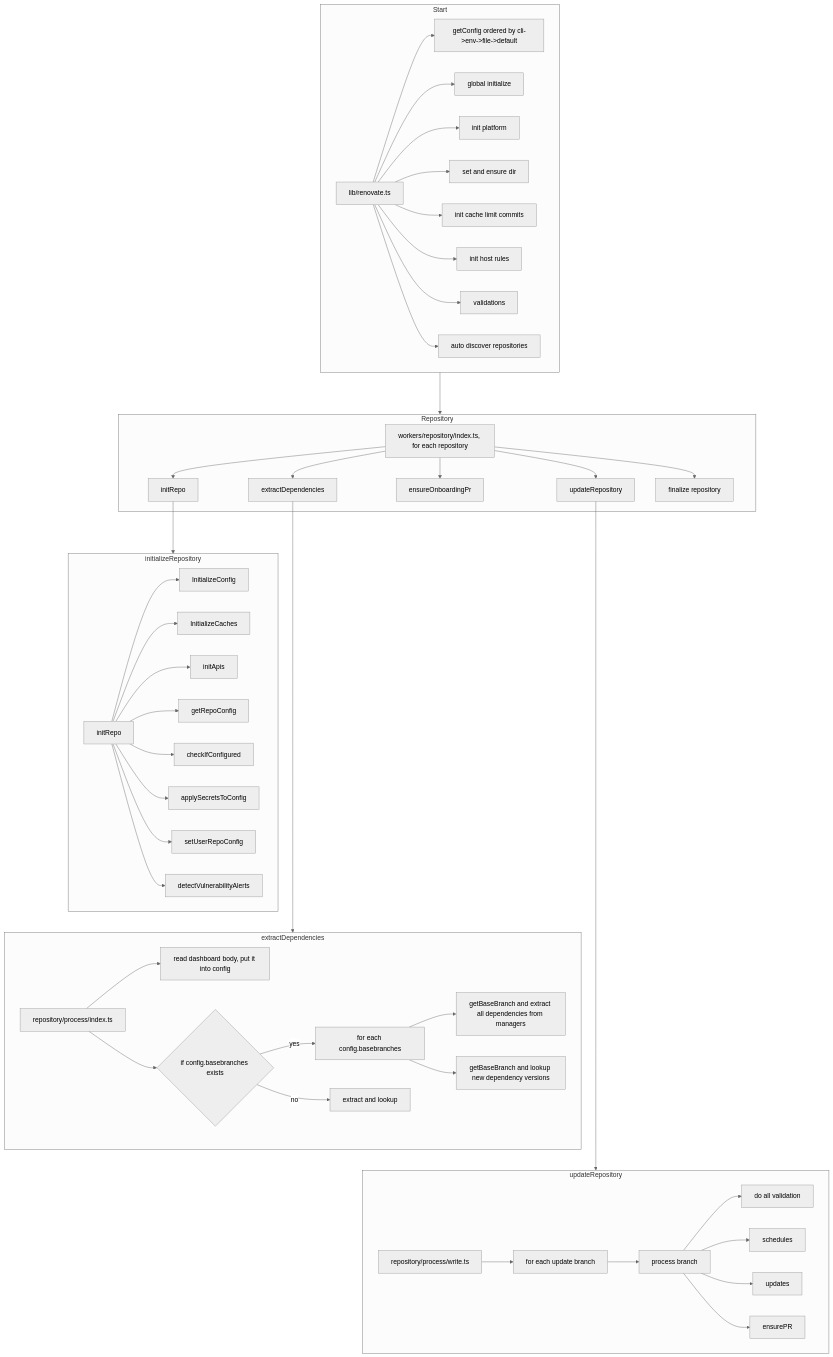
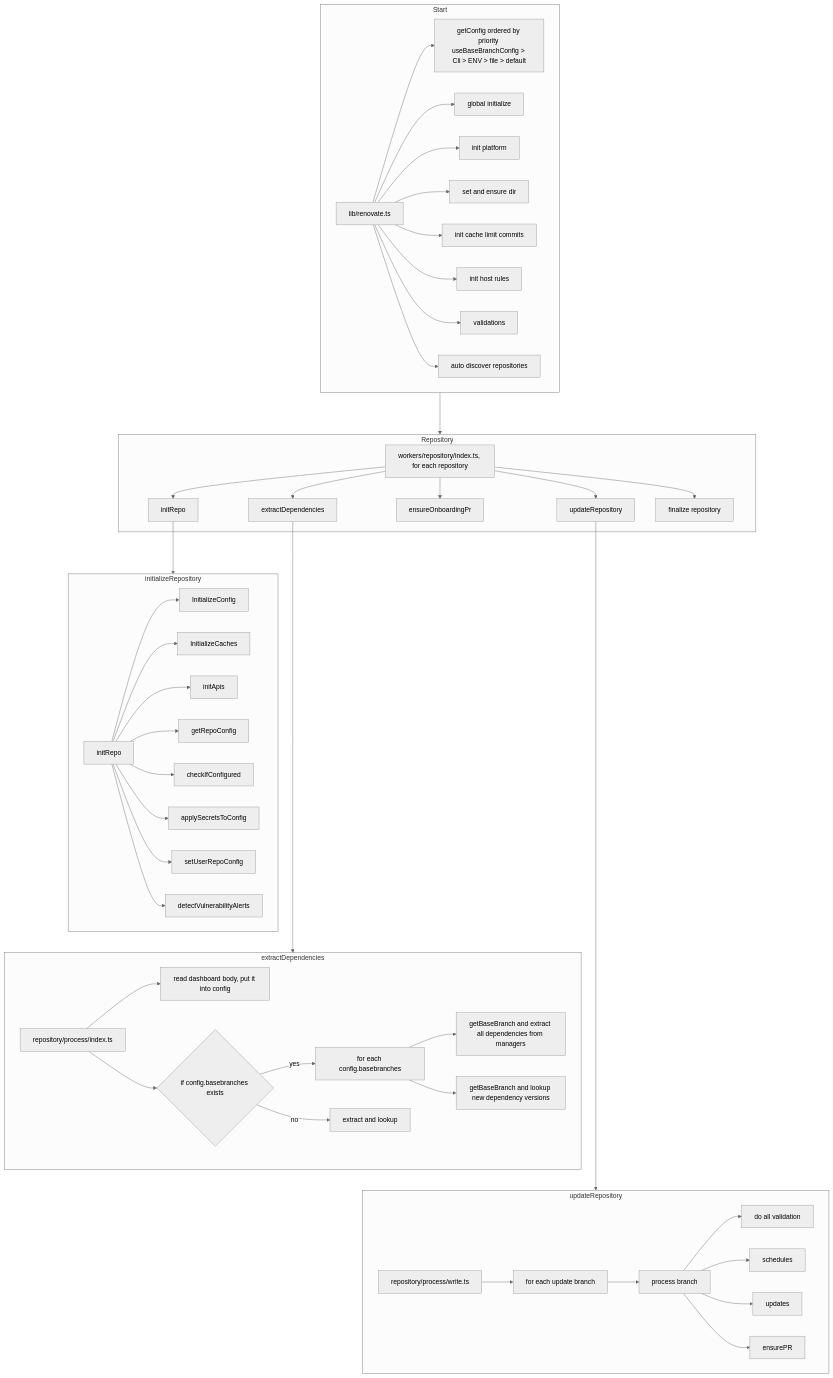
Before and after one commit to renovatebot/renovate: the diagram in docs/development/assets/renovate-flow.md, drawn with Mermaid (neutral theme).

````diff
--- a/docs/development/assets/renovate-flow.md
+++ b/docs/development/assets/renovate-flow.md
@@ -1,59 +1,59 @@
 ```mermaid
 flowchart TB
     subgraph Start
-    A[lib/renovate.ts] --> B[getConfig ordered by cli->env->file->default]
+    A[lib/renovate.ts] --> B[getConfig ordered by priority useBaseBranchConfig > Cli > ENV > file > default]
     A --> C[global initialize]
     A --> D[init platform]
     A --> E[set and ensure dir]
     A --> F[init cache limit commits]
     A --> G[init host rules]
     A --> H[validations]
     A --> I[auto discover repositories]
     end
 
     subgraph Repository
     J[workers/repository/index.ts, for each repository]
     J --> K[initRepo]
     J --> L[extractDependencies]
     J --> M[ensureOnboardingPr]
     J --> N[updateRepository]
     J --> O[finalize repository]
     end
 
     subgraph initializeRepository
     X[initRepo]
     X--> P[InitializeConfig]
     X--> Q[InitializeCaches]
     X--> R[initApis]
     X--> S[getRepoConfig]
     X--> T[checkIfConfigured]
     X--> U[applySecretsToConfig]
     X--> V[setUserRepoConfig]
     X--> W[detectVulnerabilityAlerts]
     end
 
     subgraph extractDependencies
     Z[repository/process/index.ts]
     Z --> AA[read dashboard body, put it into config]
     Z --> QM{if config.basebranches exists}
     QM --> |yes| AB[for each config.basebranches]
     AB --> AC[getBaseBranch and extract all dependencies from managers]
     AB --> AD[getBaseBranch and lookup new dependency versions]
     QM --> |no| AE[extract and lookup]
     end
 
     subgraph updateRepository
     BA[repository/process/write.ts]
     BA--> BB[for each update branch]
     BB --> BC[process branch]
     BC --> BD[do all validation]
     BC --> BF[schedules]
     BC --> BG[updates]
     BC --> BH[ensurePR]
     end
 
     Start ---> Repository
     K ---> initializeRepository
     L ----> extractDependencies
     N -----> updateRepository
 ```
````
